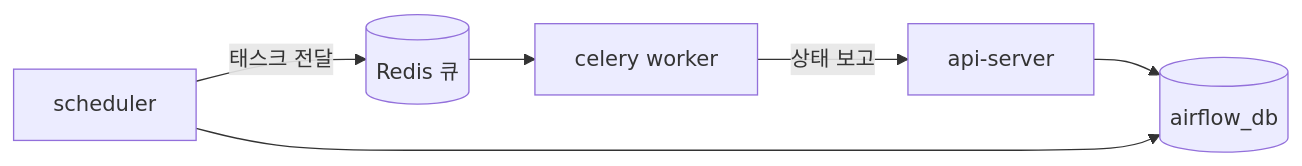
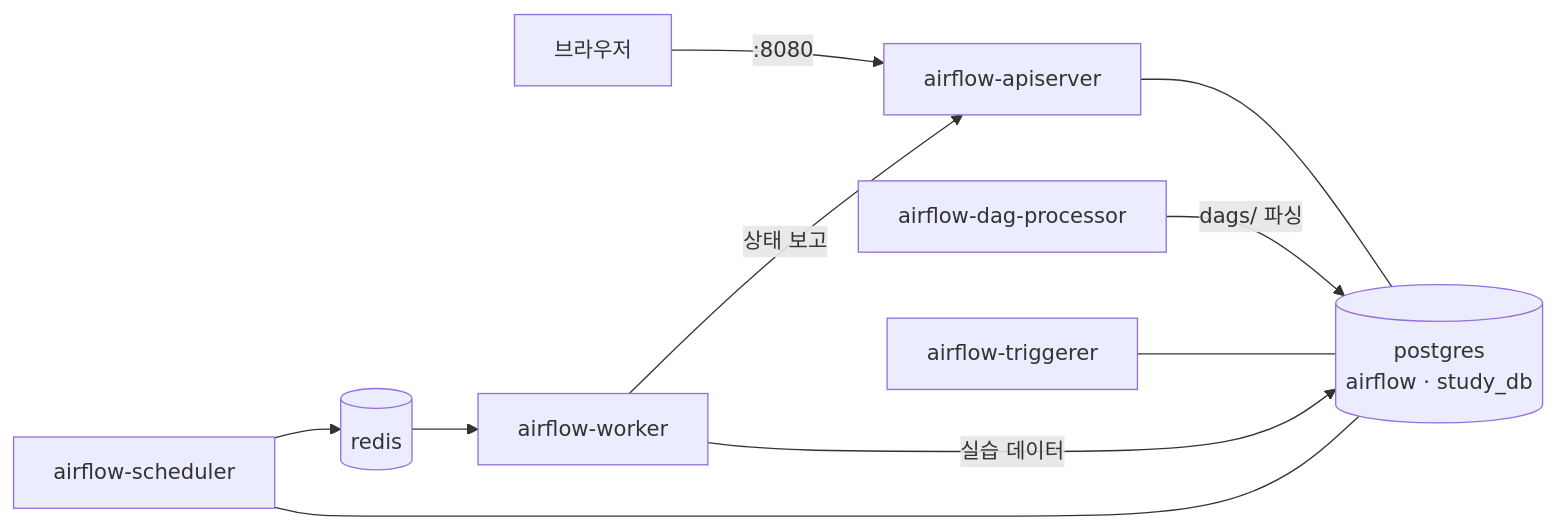
The diagram in README.md (f-lab-daniel/airflow_study), drawn with Mermaid before and after one commit. The commit also changed other lines of this file and 5 other files, not shown here.

````diff
--- a/README.md
+++ b/README.md
@@ -277,8 +61,12 @@
 ```mermaid
 flowchart LR
-    S[scheduler] -->|태스크 전달| R[(Redis 큐)]
-    R --> W[celery worker]
-    W -->|상태 보고| API[api-server]
-    API --> DB[(airflow_db)]
-    S --> DB
+    U[브라우저] -->|:8080| API[airflow-apiserver]
+    DP[airflow-dag-processor] -->|dags/ 파싱| PG
+    S[airflow-scheduler] --> R[(redis)]
+    R --> W[airflow-worker]
+    W -->|상태 보고| API
+    API --- PG[(postgres<br/>airflow · study_db)]
+    S --- PG
+    W -->|실습 데이터| PG
+    T[airflow-triggerer] --- PG
 ```
````
